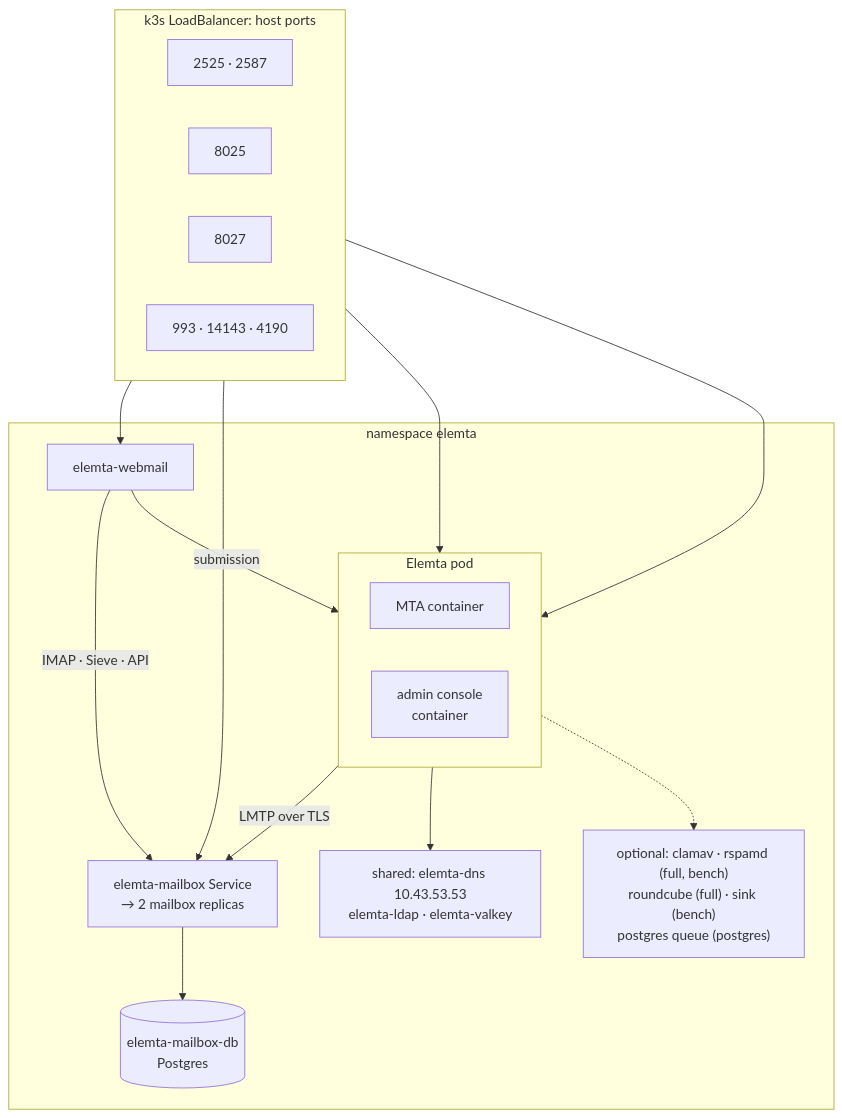
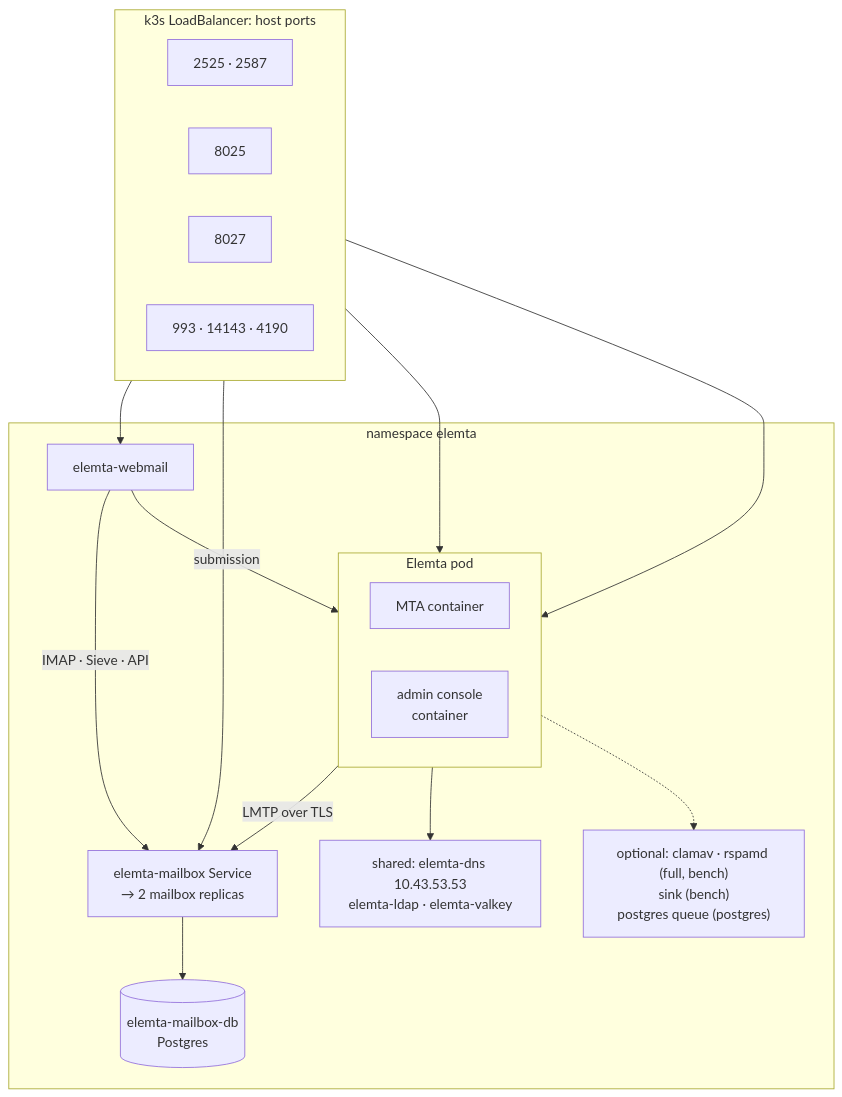
Before and after one commit to EvalAlan/elemta: the diagram in docs/diagrams/kubernetes-pods.mmd, drawn with Mermaid. The commit also changed 40 other files, not shown here.

```diff
--- a/docs/diagrams/kubernetes-pods.mmd
+++ b/docs/diagrams/kubernetes-pods.mmd
@@ -1,32 +1,32 @@
 flowchart TB
     subgraph lb["k3s LoadBalancer: host ports"]
         direction LR
         h1["2525 · 2587"]
         h2["8025"]
         h3["8027"]
         h4["993 · 14143 · 4190"]
     end
 
     subgraph ns["namespace elemta"]
         subgraph pod["Elemta pod"]
             direction LR
             smtp["MTA container"]
             dash["admin console<br/>container"]
         end
         webmail["elemta-webmail"]
         mailbox["elemta-mailbox Service<br/>→ 2 mailbox replicas"]
         db[("elemta-mailbox-db<br/>Postgres")]
         deps["shared: elemta-dns 10.43.53.53<br/>elemta-ldap · elemta-valkey"]
-        extras["optional: clamav · rspamd (full, bench)<br/>roundcube (full) · sink (bench)<br/>postgres queue (postgres)"]
+        extras["optional: clamav · rspamd (full, bench)<br/>sink (bench)<br/>postgres queue (postgres)"]
     end
 
     h1 --> smtp
     h2 --> dash
     h3 --> webmail
     h4 --> mailbox
     webmail -->|"submission"| smtp
     webmail -->|"IMAP · Sieve · API"| mailbox
     smtp -->|"LMTP over TLS"| mailbox
     mailbox --> db
     smtp --> deps
     smtp -.-> extras
```
